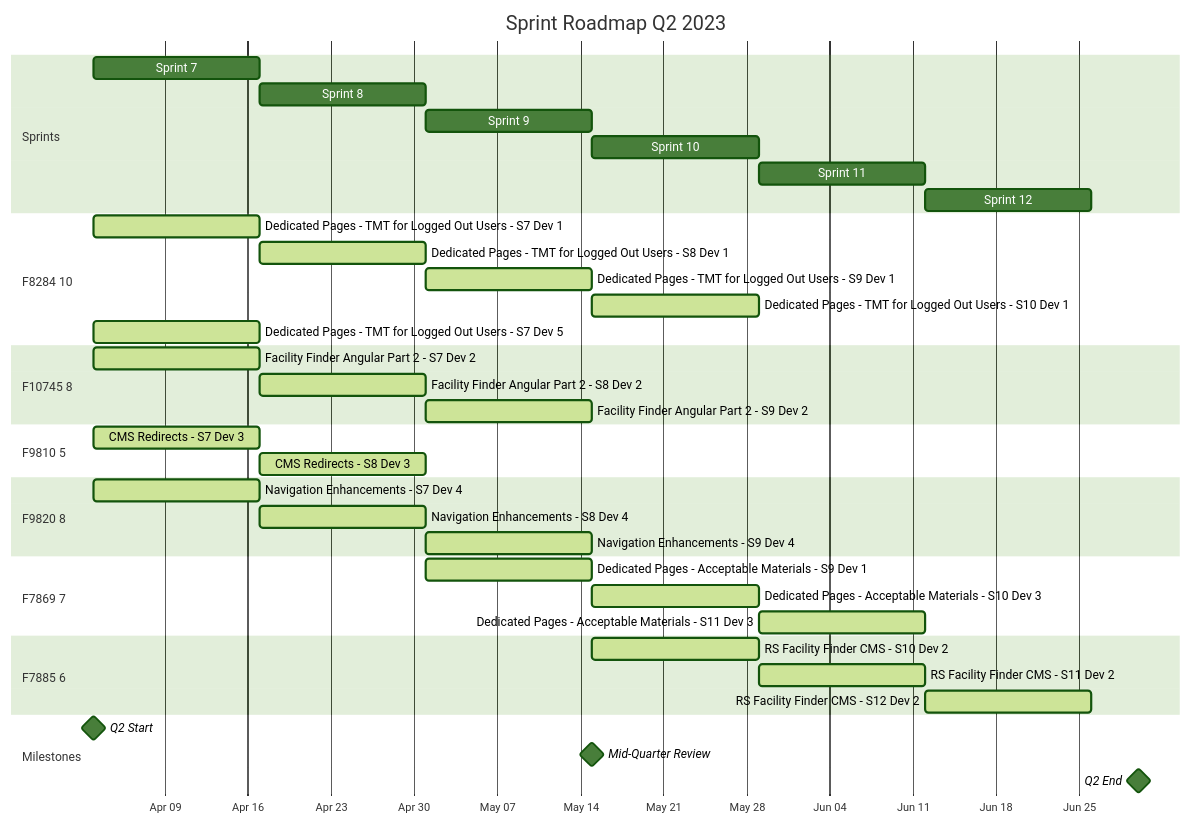
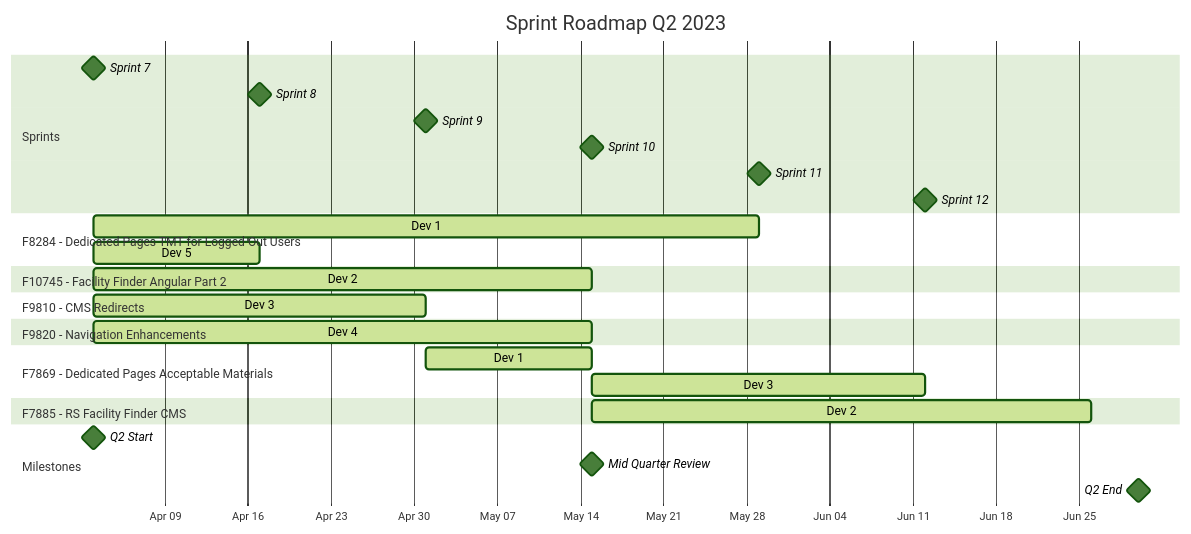
Before and after one commit to DanHitt/QRP-charts: the diagram in README.md, drawn with Mermaid (forest theme).

````diff
--- a/README.md
+++ b/README.md
@@ -1,50 +1,39 @@
 ```mermaid
 gantt
     title Sprint Roadmap Q2 2023
     dateFormat YYYY-MM-DD
     axisFormat %b %d
 
     section Sprints
-    Sprint 7 :s7, 2023-04-03, 14d
-    Sprint 8 :s8, 2023-04-17, 14d
-    Sprint 9 :s9, 2023-05-01, 14d
-    Sprint 10 :s10, 2023-05-15, 14d
-    Sprint 11 :s11, 2023-05-29, 14d
-    Sprint 12 :s12, 2023-06-12, 14d
+    Sprint 7  :milestone, s7, 2023-04-03, 0d
+    Sprint 8  :milestone, s8, 2023-04-17, 0d
+    Sprint 9  :milestone, s9, 2023-05-01, 0d
+    Sprint 10 :milestone, s10, 2023-05-15, 0d
+    Sprint 11 :milestone, s11, 2023-05-29, 0d
+    Sprint 12 :milestone, s12, 2023-06-12, 0d
 
-    section F8284 10
-    Dedicated Pages - TMT for Logged Out Users - S7 Dev 1 :active, f8284_s7_d1, 2023-04-03, 14d
-    Dedicated Pages - TMT for Logged Out Users - S8 Dev 1 :active, f8284_s8_d1, 2023-04-17, 14d
-    Dedicated Pages - TMT for Logged Out Users - S9 Dev 1 :active, f8284_s9_d1, 2023-05-01, 14d
-    Dedicated Pages - TMT for Logged Out Users - S10 Dev 1 :active, f8284_s10_d1, 2023-05-15, 14d
-    Dedicated Pages - TMT for Logged Out Users - S7 Dev 5 :active, f8284_s7_d5, 2023-04-03, 14d
+    section F8284 - Dedicated Pages TMT for Logged Out Users
+    Dev 1 :active, f8284_d1, 2023-04-03, 56d
+    Dev 5 :active, f8284_d5, 2023-04-03, 14d
 
-    section F10745 8
-    Facility Finder Angular Part 2 - S7 Dev 2 :active, f10745_s7_d2, 2023-04-03, 14d
-    Facility Finder Angular Part 2 - S8 Dev 2 :active, f10745_s8_d2, 2023-04-17, 14d
-    Facility Finder Angular Part 2 - S9 Dev 2 :active, f10745_s9_d2, 2023-05-01, 14d
+    section F10745 - Facility Finder Angular Part 2
+    Dev 2 :active, f10745_d2, 2023-04-03, 42d
 
-    section F9810 5
-    CMS Redirects - S7 Dev 3 :active, f9810_s7_d3, 2023-04-03, 14d
-    CMS Redirects - S8 Dev 3 :active, f9810_s8_d3, 2023-04-17, 14d
+    section F9810 - CMS Redirects
+    Dev 3 :active, f9810_d3, 2023-04-03, 28d
 
-    section F9820 8
-    Navigation Enhancements - S7 Dev 4 :active, f9820_s7_d4, 2023-04-03, 14d
-    Navigation Enhancements - S8 Dev 4 :active, f9820_s8_d4, 2023-04-17, 14d
-    Navigation Enhancements - S9 Dev 4 :active, f9820_s9_d4, 2023-05-01, 14d
+    section F9820 - Navigation Enhancements
+    Dev 4 :active, f9820_d4, 2023-04-03, 42d
 
-    section F7869 7
-    Dedicated Pages - Acceptable Materials - S9 Dev 1 :active, f7869_s9_d1, 2023-05-01, 14d
-    Dedicated Pages - Acceptable Materials - S10 Dev 3 :active, f7869_s10_d3, 2023-05-15, 14d
-    Dedicated Pages - Acceptable Materials - S11 Dev 3 :active, f7869_s11_d3, 2023-05-29, 14d
+    section F7869 - Dedicated Pages Acceptable Materials
+    Dev 1 :active, f7869_d1, 2023-05-01, 14d
+    Dev 3 :active, f7869_d3, 2023-05-15, 28d
 
-    section F7885 6
-    RS Facility Finder CMS - S10 Dev 2 :active, f7885_s10_d2, 2023-05-15, 14d
-    RS Facility Finder CMS - S11 Dev 2 :active, f7885_s11_d2, 2023-05-29, 14d
-    RS Facility Finder CMS - S12 Dev 2 :active, f7885_s12_d2, 2023-06-12, 14d
+    section F7885 - RS Facility Finder CMS
+    Dev 2 :active, f7885_d2, 2023-05-15, 42d
 
     section Milestones
     Q2 Start :milestone, m1, 2023-04-03, 0d
-    Mid-Quarter Review :milestone, m2, 2023-05-15, 0d
+    Mid Quarter Review :milestone, m2, 2023-05-15, 0d
     Q2 End :milestone, m3, 2023-06-30, 0d
 ```
````
